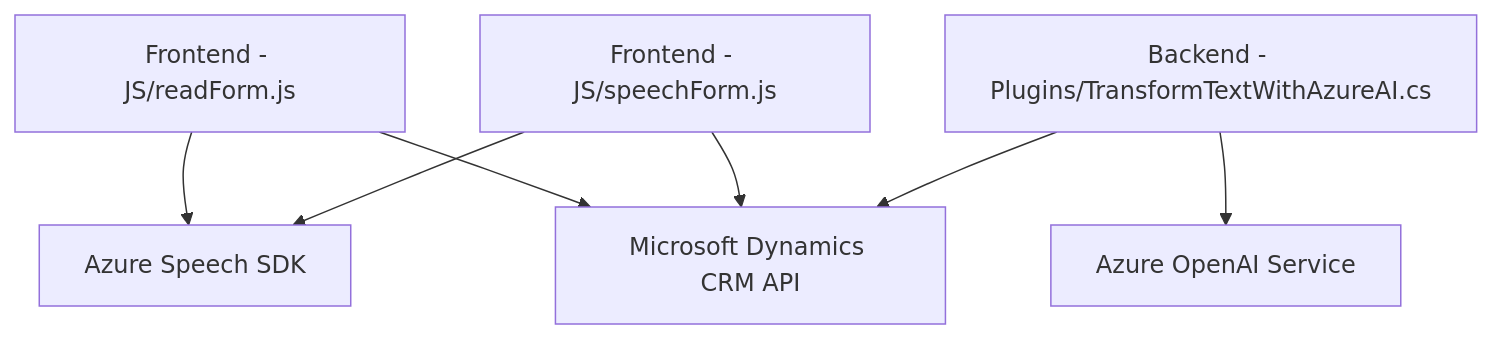
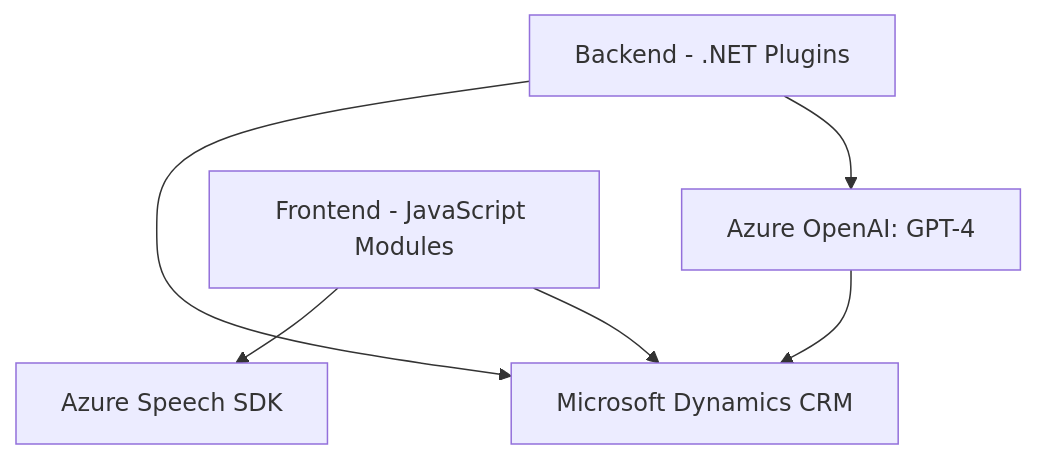
The diagram in README.md (blopezdm/NETCORE_BILBAO2025), drawn with Mermaid before and after one commit. The commit also changed other lines of this file, not shown here.

````diff
--- a/README.md
+++ b/README.md
@@ -41,16 +60,14 @@
 ```mermaid
 graph TD
-    A["Frontend - JS/readForm.js"]
-    B["Frontend - JS/speechForm.js"]
-    C["Backend - Plugins/TransformTextWithAzureAI.cs"]
-    D["Azure Speech SDK"]
-    E["Microsoft Dynamics CRM API"]
-    F["Azure OpenAI Service"]
-    
-    A --> D
-    B --> D
-    A --> E
-    B --> E
-    C --> F
-    C --> E
+    SpeechSDK["Azure Speech SDK"]
+    AzureAI["Azure OpenAI: GPT-4"]
+    CRM["Microsoft Dynamics CRM"]
+    JSFrontend["Frontend - JavaScript Modules"]
+    BackendPlugins["Backend - .NET Plugins"]
+
+    JSFrontend --> SpeechSDK
+    JSFrontend --> CRM
+    BackendPlugins --> CRM
+    BackendPlugins --> AzureAI
+    AzureAI --> CRM
 ```
````
